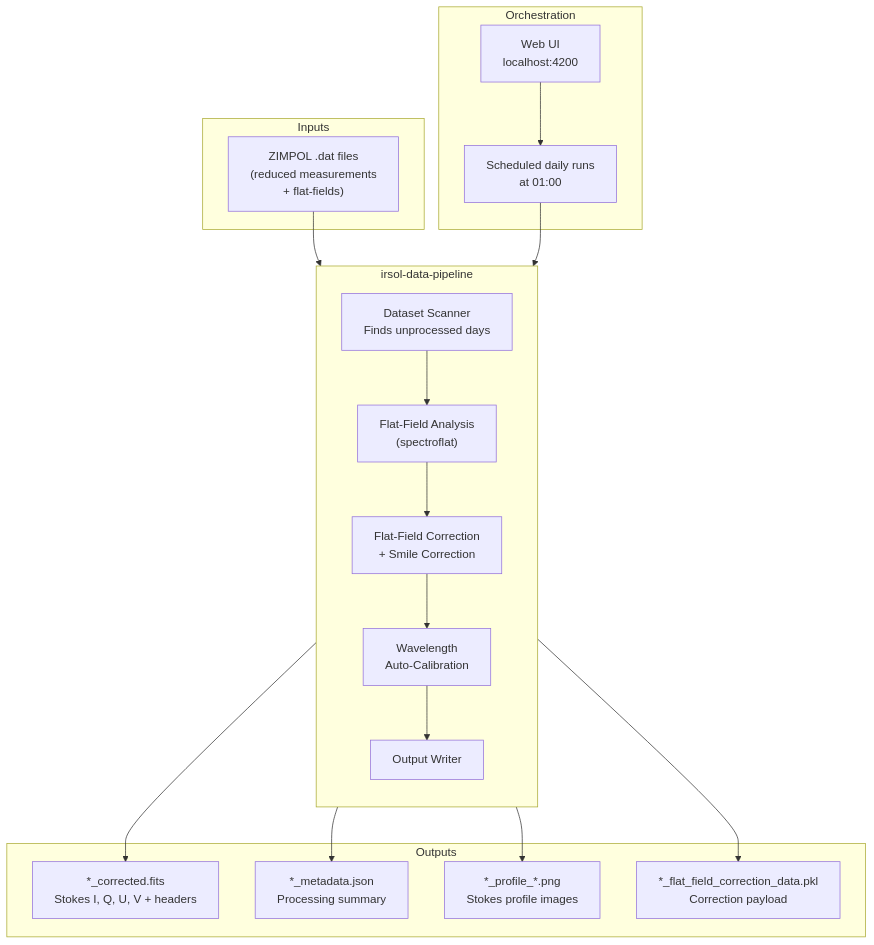
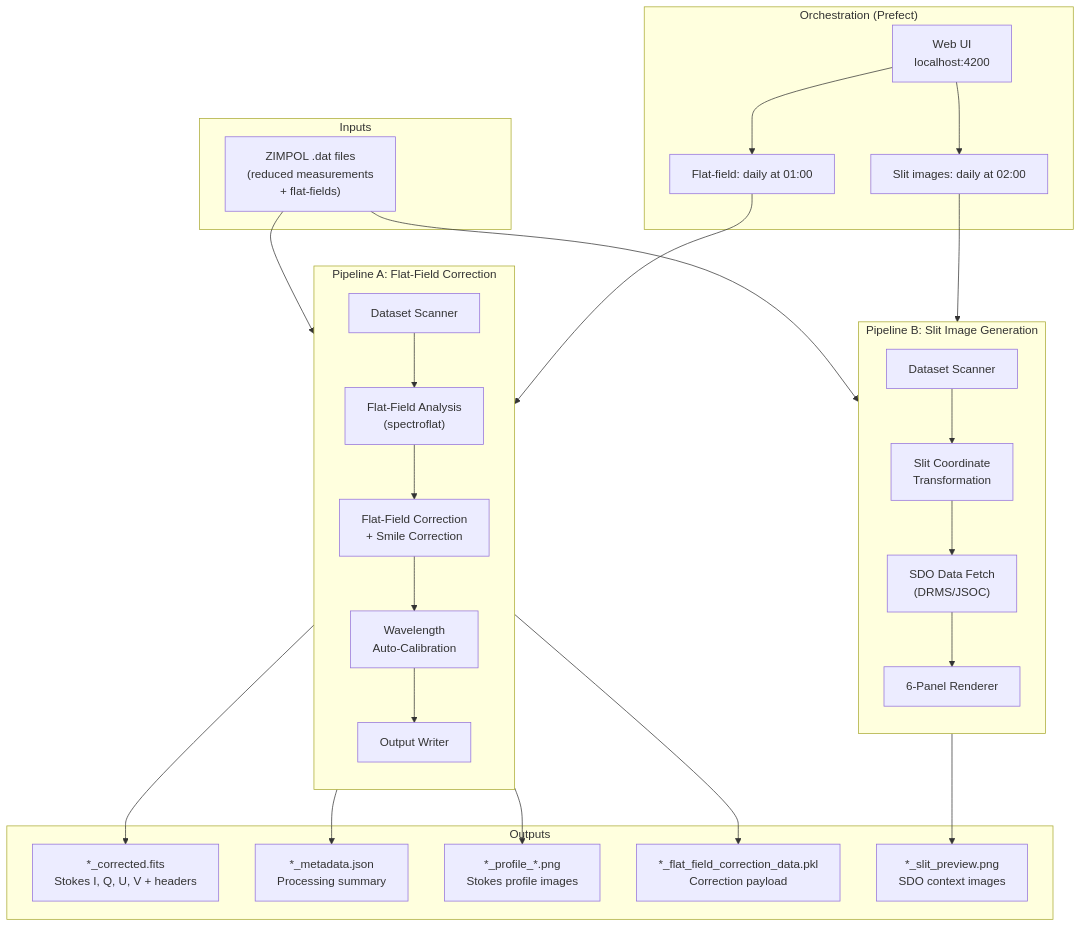
The first of 5 diagrams in README.md (cdeldon/irsol-data-pipeline), drawn with Mermaid before and after one commit. The commit also changed other lines of this file and 22 other files, not shown here.

First line of the commit message:
Feature/image generation pipeline (#4)

````diff
--- a/README.md
+++ b/README.md
@@ -43,46 +61,59 @@
 ```mermaid
 graph TB
     subgraph inputs["Inputs"]
         DAT["ZIMPOL .dat files
 		(reduced measurements
 		+ flat-fields)
 		"]
     end
 
-    subgraph pipeline["irsol-data-pipeline"]
+    subgraph pipeline_a["Pipeline A: Flat-Field Correction"]
         direction TB
-        SCAN["Dataset Scanner
-		Finds unprocessed days"]
+        SCAN_A["Dataset Scanner"]
         FF["Flat-Field Analysis
 		(spectroflat)"]
         CORR["Flat-Field Correction
 		+ Smile Correction"]
         CAL["Wavelength
 		Auto-Calibration"]
-        IO["Output Writer"]
+        IO_A["Output Writer"]
+    end
+
+    subgraph pipeline_b["Pipeline B: Slit Image Generation"]
+        direction TB
+        SCAN_B["Dataset Scanner"]
+        COORD["Slit Coordinate\nTransformation"]
+        SDO["SDO Data Fetch\n(DRMS/JSOC)"]
+        RENDER["6-Panel Renderer"]
     end
 
     subgraph outputs["Outputs"]
         FITS["*_corrected.fits\nStokes I, Q, U, V + headers"]
         META["*_metadata.json\nProcessing summary"]
-        PNG["*_profile_*.png\nStokes profile images"]
+        PNG_PROF["*_profile_*.png\nStokes profile images"]
         PKL["*_flat_field_correction_data.pkl\nCorrection payload"]
+        PNG_SLIT["*_slit_preview.png\nSDO context images"]
     end
 
-    subgraph orchestration["Orchestration"]
-        SCHED["Scheduled daily runs\nat 01:00"]
+    subgraph orchestration["Orchestration (Prefect)"]
+        SCHED_A["Flat-field: daily at 01:00"]
+        SCHED_B["Slit images: daily at 02:00"]
         UI["Web UI\nlocalhost:4200"]
     end
 
-    DAT --> SCAN
-    SCAN --> FF
-    FF --> CORR
-    CORR --> CAL
-    CAL --> IO
-    IO --> FITS
-    IO --> META
-    IO --> PNG
-    IO --> PKL
-    SCHED --> SCAN
-    UI --> SCHED
+    DAT --> SCAN_A
+    SCAN_A --> FF --> CORR --> CAL --> IO_A
+    IO_A --> FITS
+    IO_A --> META
+    IO_A --> PNG_PROF
+    IO_A --> PKL
+
+    DAT --> SCAN_B
+    SCAN_B --> COORD --> SDO --> RENDER
+    RENDER --> PNG_SLIT
+
+    SCHED_A --> SCAN_A
+    SCHED_B --> SCAN_B
+    UI --> SCHED_A
+    UI --> SCHED_B
 ```
````
